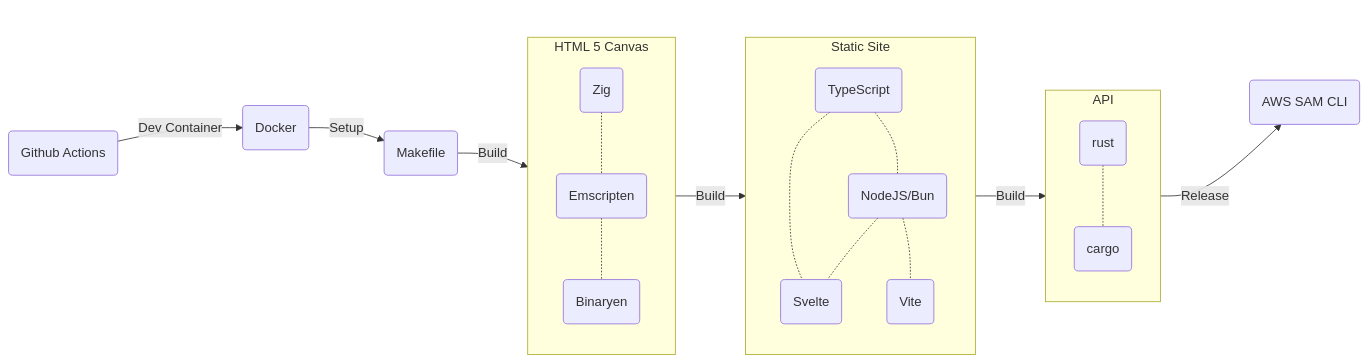
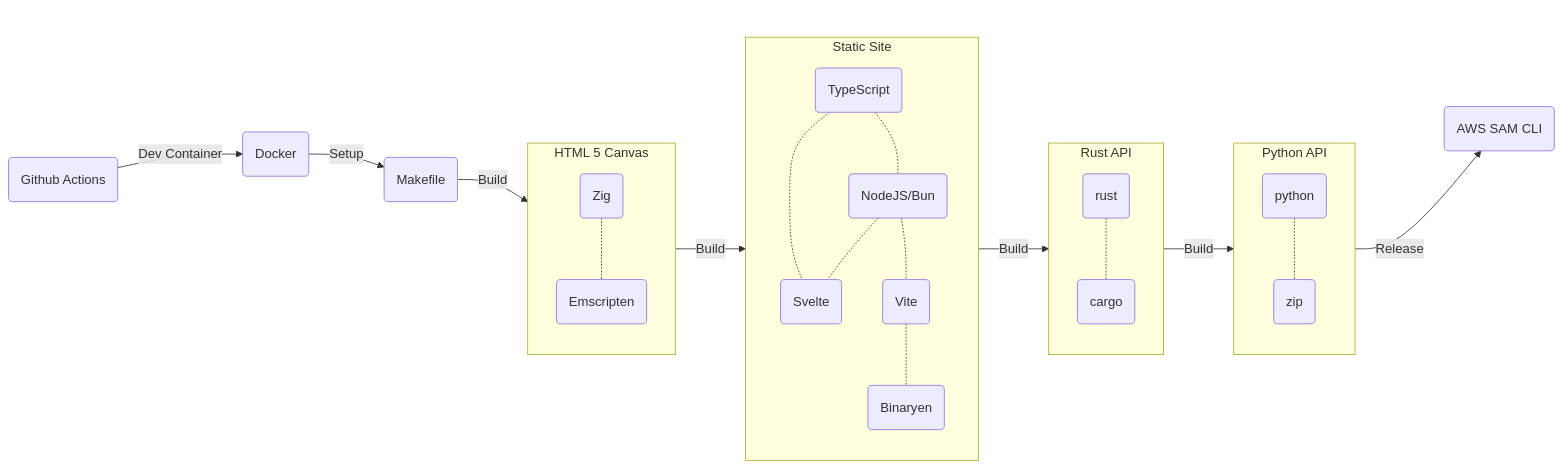
One commit to dylanlangston/dylanlangston.com changed the second of 2 diagrams in README.md. Above: the diagram before and after it, drawn with Mermaid. The commit also changed other lines of this file, not shown here.

````diff
--- a/README.md
+++ b/README.md
@@ -82,39 +95,44 @@
 ```mermaid
 flowchart LR
 	B1("Makefile")
 	
 
 	B7("Docker")
 	B8("Github Actions")
 	B9("AWS SAM CLI")
     subgraph "HTML 5 Canvas"
         B2("Zig")
         B3("Emscripten")
-        B4("Binaryen")
     end
     subgraph "Static Site"
         B12("Svelte")
         B13("TypeScript")
         B5("NodeJS/Bun")
         B6("Vite")
+        B4("Binaryen")
     end
-    subgraph "API "
+    subgraph "Rust API"
         B10("rust")
         B11("cargo")
     end
+    subgraph "Python API"
+        B14("python")
+        B15("zip")
+    end
 
 
-    B2 -.- B3 -.- B4
-    B5 -.- B6
+    B2 -.- B3
+    B5 -.- B6 -.- B4
     B10 -.- B11
     B13 -.- B12
+    B14 -.- B15
     B5 -.- B12
     B13 -.- B5
 
-    B1 --Build--> subGraph0 --Build--> subGraph1 --Build--> subGraph2 --Release--> B9
+    B1 --Build--> subGraph0 --Build--> subGraph1 --Build--> subGraph2 --Build--> subGraph3 --Release--> B9
     B8 --Dev Container--> B7 --Setup--> B1
     B8 ~~~ B9
     B8 ~~~ B1
     B8 ~~~ subGraph0
 
 ```
````
